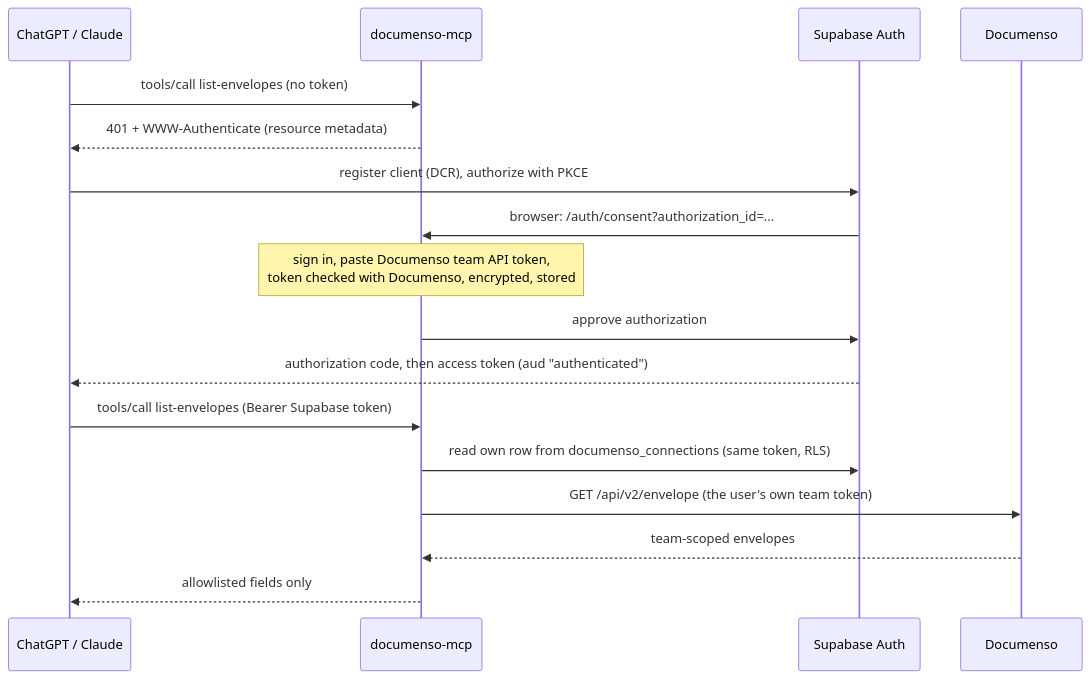
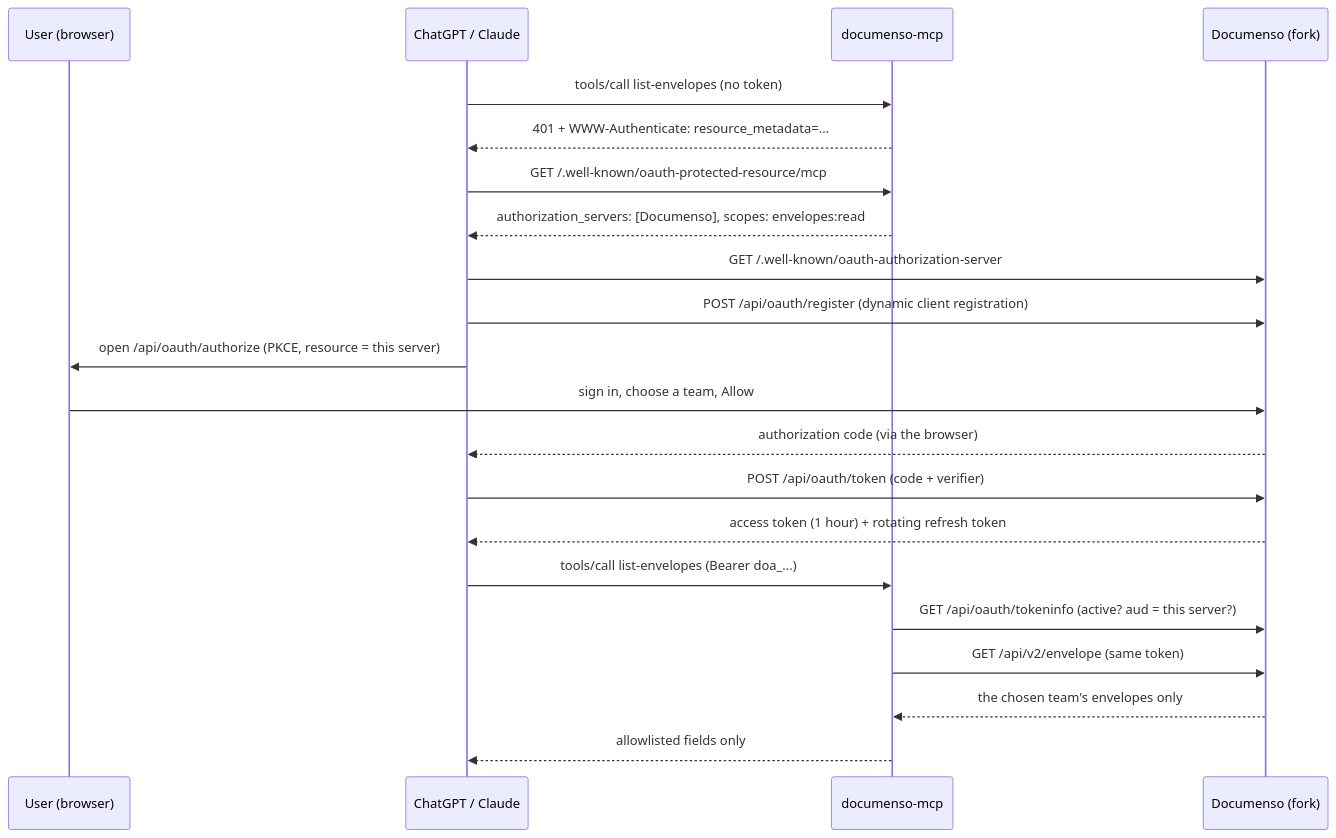
Before and after one commit to MohamedBenDaamar/documenso-mcp: the diagram in docs/auth.md, drawn with Mermaid. The commit also changed other lines of this file and 45 other files, not shown here.

First line of the commit message:
feat!: use Documenso as the OAuth authorization server (#7)

````diff
--- a/docs/auth.md
+++ b/docs/auth.md
@@ -5,20 +7,24 @@
 ```mermaid
 sequenceDiagram
+    participant U as User (browser)
     participant H as ChatGPT / Claude
     participant M as documenso-mcp
-    participant S as Supabase Auth
-    participant D as Documenso
+    participant D as Documenso (fork)
 
     H->>M: tools/call list-envelopes (no token)
-    M-->>H: 401 + WWW-Authenticate (resource metadata)
-    H->>S: register client (DCR), authorize with PKCE
-    S->>M: browser: /auth/consent?authorization_id=...
-    Note over M: sign in, paste Documenso team API token,<br/>token checked with Documenso, encrypted, stored
-    M->>S: approve authorization
-    S-->>H: authorization code, then access token (aud "authenticated")
-    H->>M: tools/call list-envelopes (Bearer Supabase token)
-    M->>S: read own row from documenso_connections (same token, RLS)
-    M->>D: GET /api/v2/envelope (the user's own team token)
-    D-->>M: team-scoped envelopes
+    M-->>H: 401 + WWW-Authenticate: resource_metadata=...
+    H->>M: GET /.well-known/oauth-protected-resource/mcp
+    M-->>H: authorization_servers: [Documenso], scopes: envelopes:read
+    H->>D: GET /.well-known/oauth-authorization-server
+    H->>D: POST /api/oauth/register (dynamic client registration)
+    H->>U: open /api/oauth/authorize (PKCE, resource = this server)
+    U->>D: sign in, choose a team, Allow
+    D-->>H: authorization code (via the browser)
+    H->>D: POST /api/oauth/token (code + verifier)
+    D-->>H: access token (1 hour) + rotating refresh token
+    H->>M: tools/call list-envelopes (Bearer doa_...)
+    M->>D: GET /api/oauth/tokeninfo (active? aud = this server?)
+    M->>D: GET /api/v2/envelope (same token)
+    D-->>M: the chosen team's envelopes only
     M-->>H: allowlisted fields only
 ```
````
